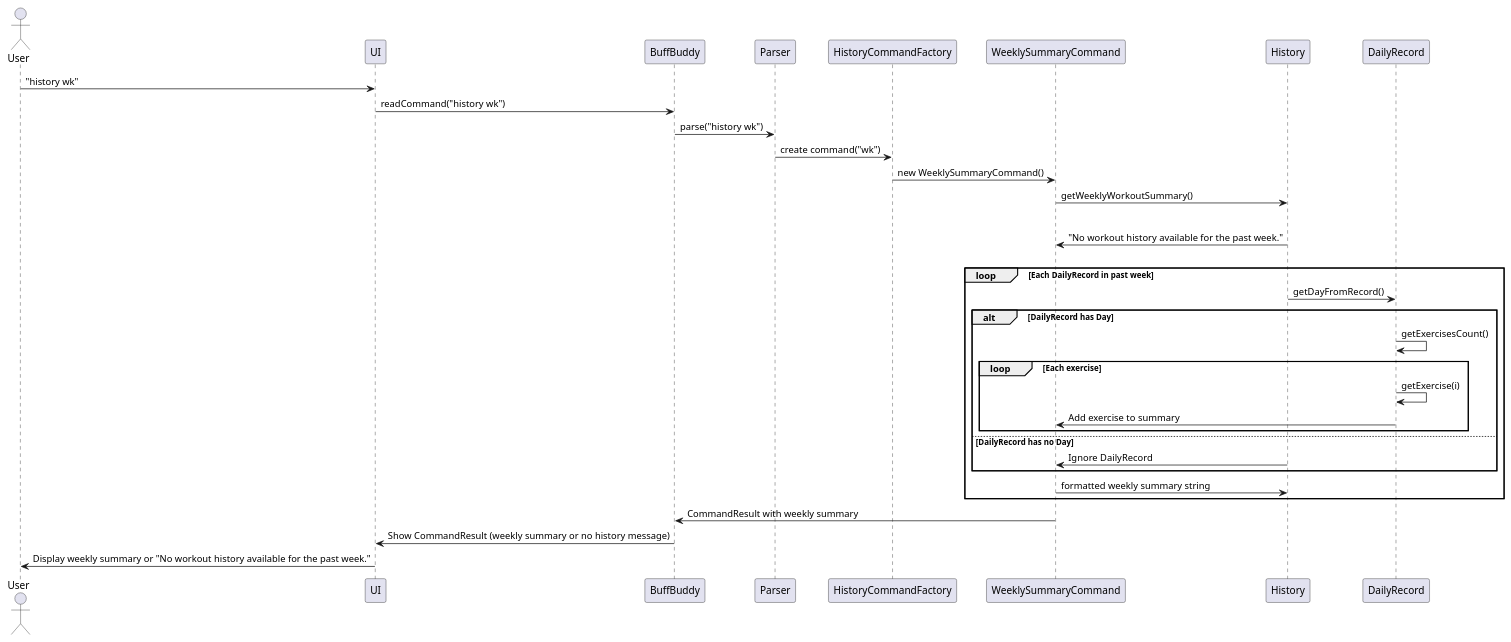
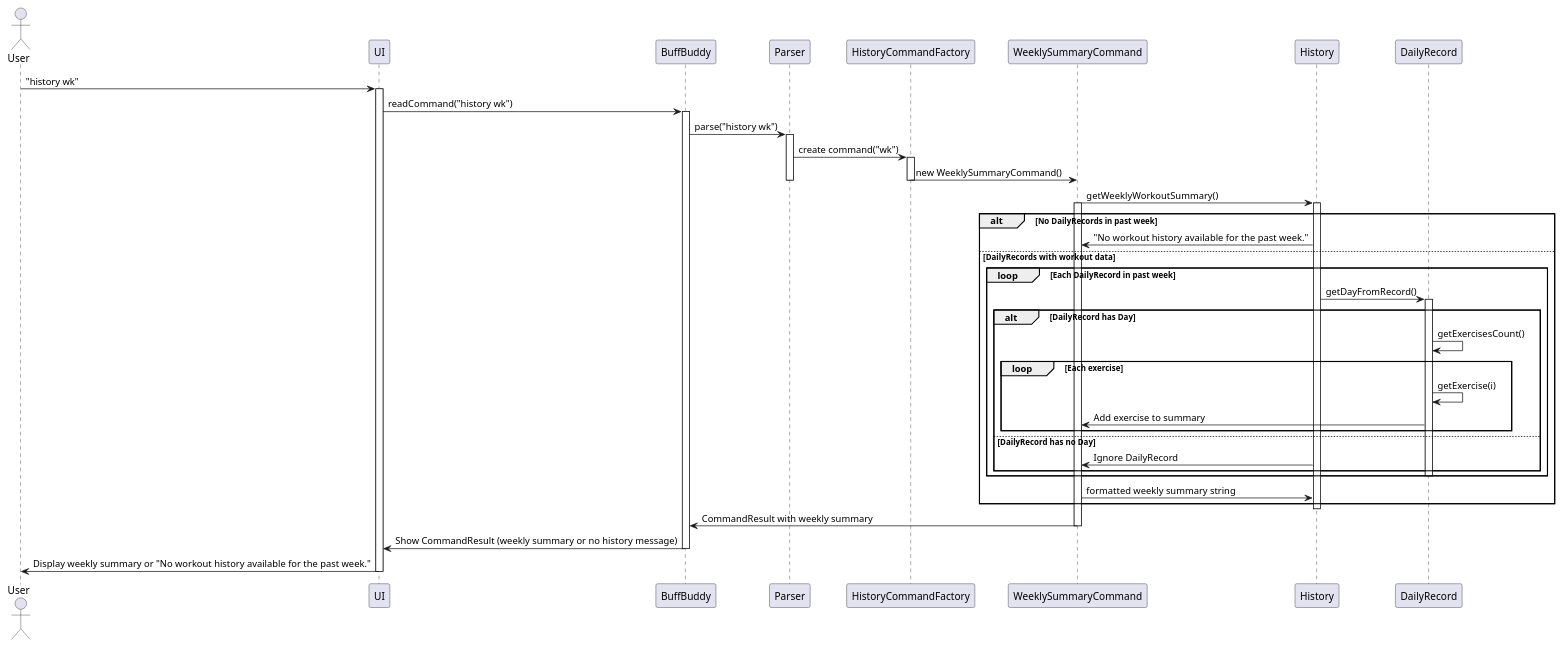
Before and after one commit to nus-cs2113-AY2425S1/tp: the diagram in docs/diagrams/weeklysummarySequenceDiagram.puml, drawn with PlantUML. The commit also changed 2 other files, not shown here.

Commit message:
add activation bars to seq diagram

```diff
--- a/docs/diagrams/weeklysummarySequenceDiagram.puml
+++ b/docs/diagrams/weeklysummarySequenceDiagram.puml
@@ -1,40 +1,55 @@
 @startuml
 actor User
 participant UI
 participant BuffBuddy
 participant Parser
 participant HistoryCommandFactory
 participant WeeklySummaryCommand
 participant History
 participant DailyRecord
 
 User -> UI: "history wk"
+activate UI
 UI -> BuffBuddy: readCommand("history wk")
+activate BuffBuddy
 BuffBuddy -> Parser: parse("history wk")
+activate Parser
 Parser -> HistoryCommandFactory: create command("wk")
+activate HistoryCommandFactory
 HistoryCommandFactory -> WeeklySummaryCommand: new WeeklySummaryCommand()
+deactivate HistoryCommandFactory
+deactivate Parser
 
 WeeklySummaryCommand -> History: getWeeklyWorkoutSummary()
+activate WeeklySummaryCommand
+activate History
 
 alt No DailyRecords in past week
     History -> WeeklySummaryCommand: "No workout history available for the past week."
 else DailyRecords with workout data
     loop Each DailyRecord in past week
         History -> DailyRecord: getDayFromRecord()
+        activate DailyRecord
         alt DailyRecord has Day
             DailyRecord -> DailyRecord: getExercisesCount()
             loop Each exercise
                 DailyRecord -> DailyRecord: getExercise(i)
                 DailyRecord -> WeeklySummaryCommand: Add exercise to summary
             end
         else DailyRecord has no Day
             History -> WeeklySummaryCommand: Ignore DailyRecord
         end
+        deactivate DailyRecord
+    end
     WeeklySummaryCommand -> History: formatted weekly summary string
 end
+deactivate History
 
 WeeklySummaryCommand -> BuffBuddy: CommandResult with weekly summary
+deactivate WeeklySummaryCommand
 BuffBuddy -> UI: Show CommandResult (weekly summary or no history message)
+deactivate BuffBuddy
 UI -> User: Display weekly summary or "No workout history available for the past week."
+deactivate UI
 
 @enduml
```
